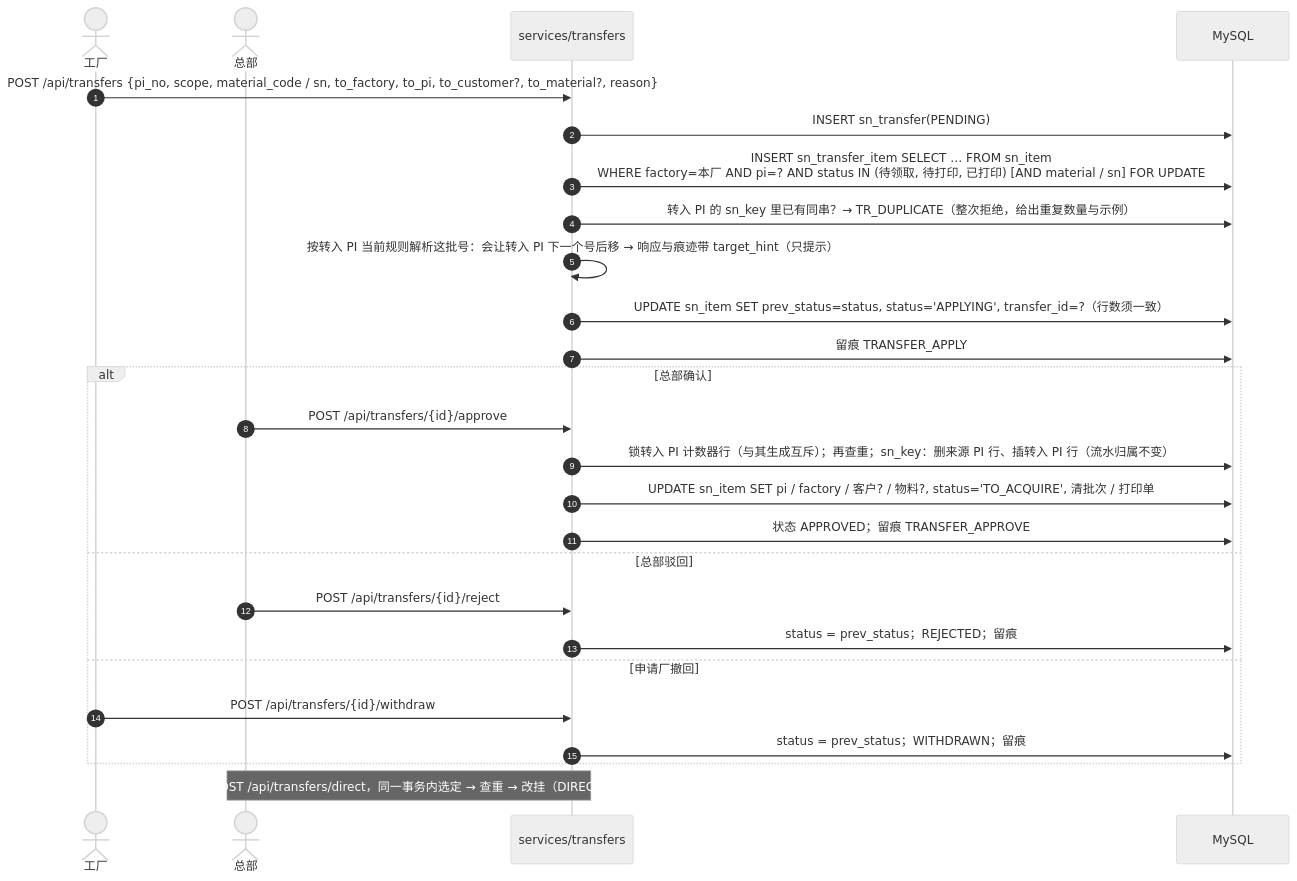
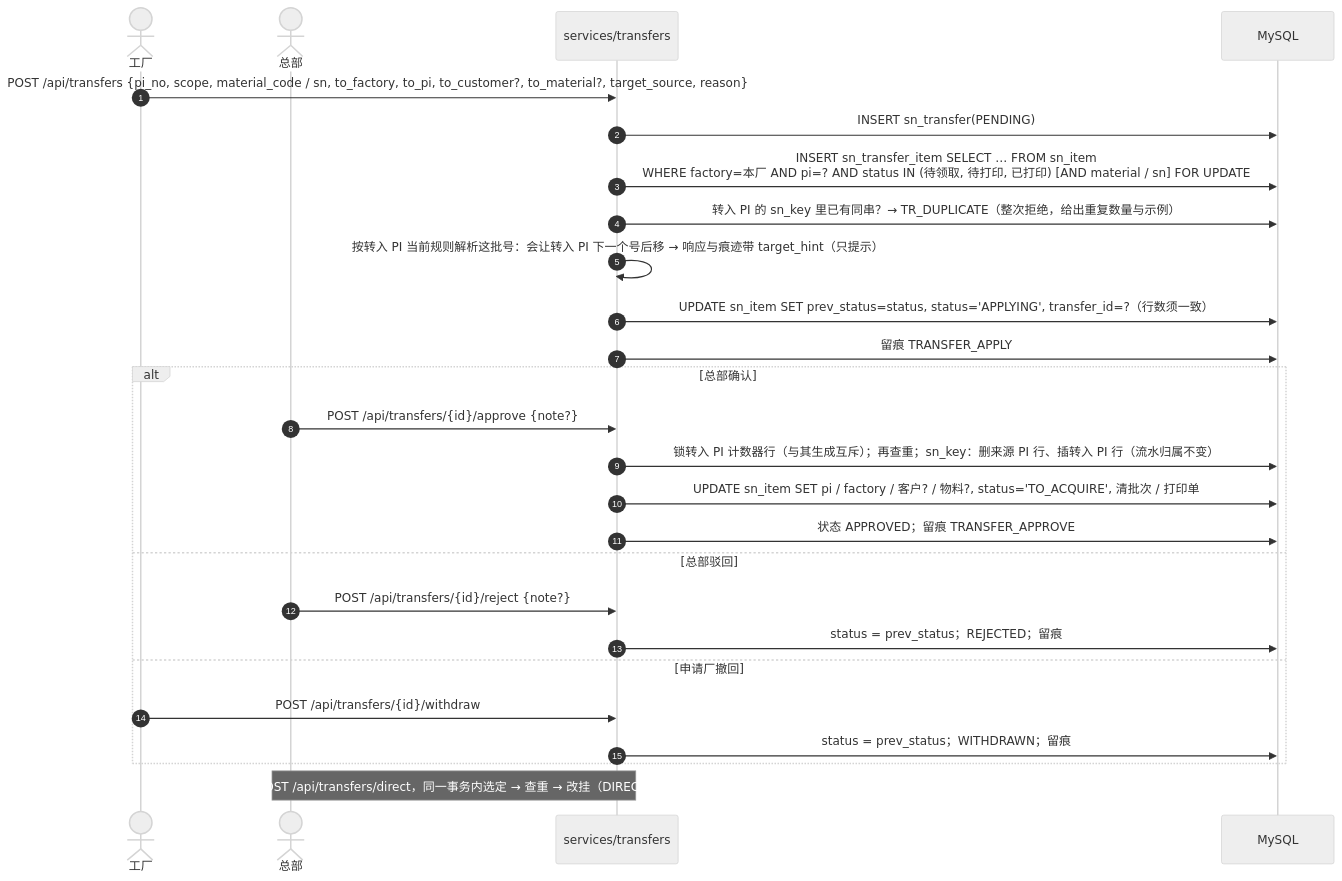
Before and after one commit to Createsnow/sn-center: diagram 11 of 13 in docs/技术文档.md, drawn with Mermaid (neutral theme). The commit also changed other lines of this file and 9 other files, not shown here.

````diff
--- a/docs/技术文档.md
+++ b/docs/技术文档.md
@@ -361,28 +361,28 @@
 ```mermaid
 sequenceDiagram
     autonumber
     actor F as 工厂
     actor H as 总部
     participant T as services/transfers
     participant DB as MySQL
-    F->>T: POST /api/transfers {pi_no, scope, material_code / sn, to_factory, to_pi, to_customer?, to_material?, reason}
+    F->>T: POST /api/transfers {pi_no, scope, material_code / sn, to_factory, to_pi, to_customer?, to_material?, target_source, reason}
     T->>DB: INSERT sn_transfer(PENDING)
     T->>DB: INSERT sn_transfer_item SELECT … FROM sn_item<br/>WHERE factory=本厂 AND pi=? AND status IN (待领取, 待打印, 已打印) [AND material / sn] FOR UPDATE
     T->>DB: 转入 PI 的 sn_key 里已有同串？→ TR_DUPLICATE（整次拒绝，给出重复数量与示例）
     T->>T: 按转入 PI 当前规则解析这批号：会让转入 PI 下一个号后移 → 响应与痕迹带 target_hint（只提示）
     T->>DB: UPDATE sn_item SET prev_status=status, status='APPLYING', transfer_id=?（行数须一致）
     T->>DB: 留痕 TRANSFER_APPLY
     alt 总部确认
-        H->>T: POST /api/transfers/{id}/approve
+        H->>T: POST /api/transfers/{id}/approve {note?}
         T->>DB: 锁转入 PI 计数器行（与其生成互斥）；再查重；sn_key：删来源 PI 行、插转入 PI 行（流水归属不变）
         T->>DB: UPDATE sn_item SET pi / factory / 客户? / 物料?, status='TO_ACQUIRE', 清批次 / 打印单
         T->>DB: 状态 APPROVED；留痕 TRANSFER_APPROVE
     else 总部驳回
-        H->>T: POST /api/transfers/{id}/reject
+        H->>T: POST /api/transfers/{id}/reject {note?}
         T->>DB: status = prev_status；REJECTED；留痕
     else 申请厂撤回
         F->>T: POST /api/transfers/{id}/withdraw
         T->>DB: status = prev_status；WITHDRAWN；留痕
     end
     Note over H,T: 总部直接转移：POST /api/transfers/direct，同一事务内选定 → 查重 → 改挂（DIRECT / APPROVED）
 ```
````
